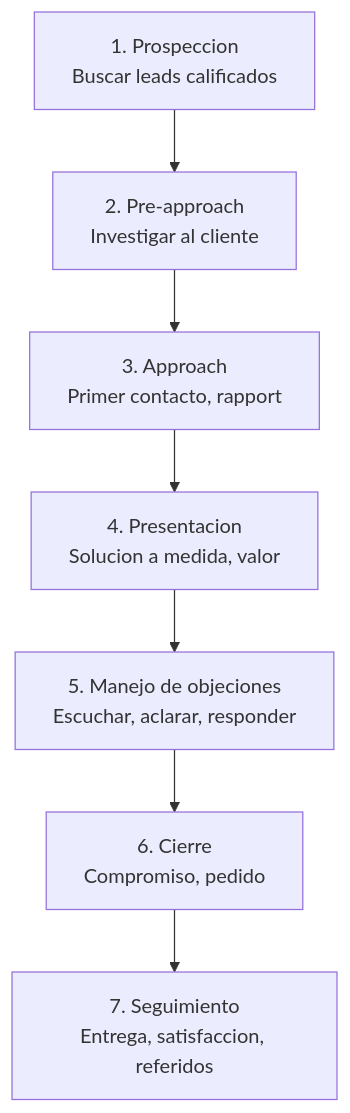
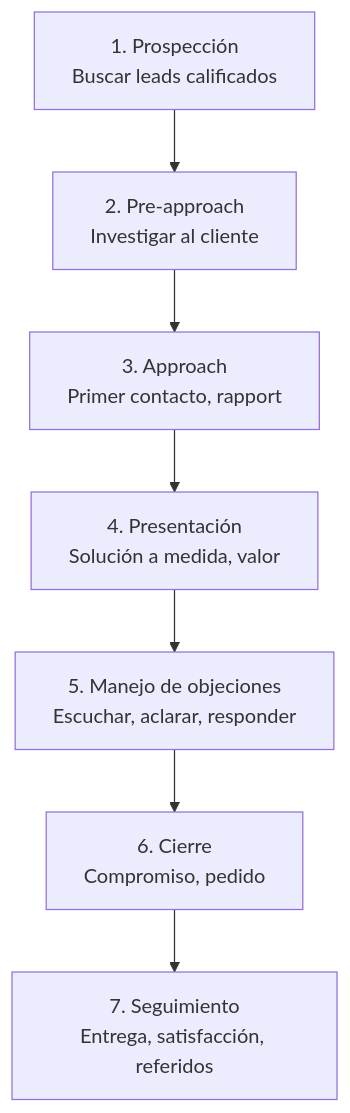
Before and after one commit to Mateo-404/AGI: the diagram in contenido/gestion-ventas/lecciones/l2-1.md, drawn with Mermaid. The commit also changed other lines of this file and 51 other files, not shown here.

First line of the commit message:
gestion-ventas: fix mermaid diagrams, referencias format, and interactive blocks

````diff
--- a/contenido/gestion-ventas/lecciones/l2-1.md
+++ b/contenido/gestion-ventas/lecciones/l2-1.md
@@ -22,9 +22,9 @@
 ```mermaid Proceso de venta personal
 flowchart TD
-  P1[1. Prospeccion<br/>Buscar leads calificados] --> P2[2. Pre-approach<br/>Investigar al cliente]
+  P1[1. Prospección<br/>Buscar leads calificados] --> P2[2. Pre-approach<br/>Investigar al cliente]
   P2 --> P3[3. Approach<br/>Primer contacto, rapport]
-  P3 --> P4[4. Presentacion<br/>Solucion a medida, valor]
+  P3 --> P4[4. Presentación<br/>Solución a medida, valor]
   P4 --> P5[5. Manejo de objeciones<br/>Escuchar, aclarar, responder]
   P5 --> P6[6. Cierre<br/>Compromiso, pedido]
-  P6 --> P7[7. Seguimiento<br/>Entrega, satisfaccion, referidos]
+  P6 --> P7[7. Seguimiento<br/>Entrega, satisfacción, referidos]
 ```
````
